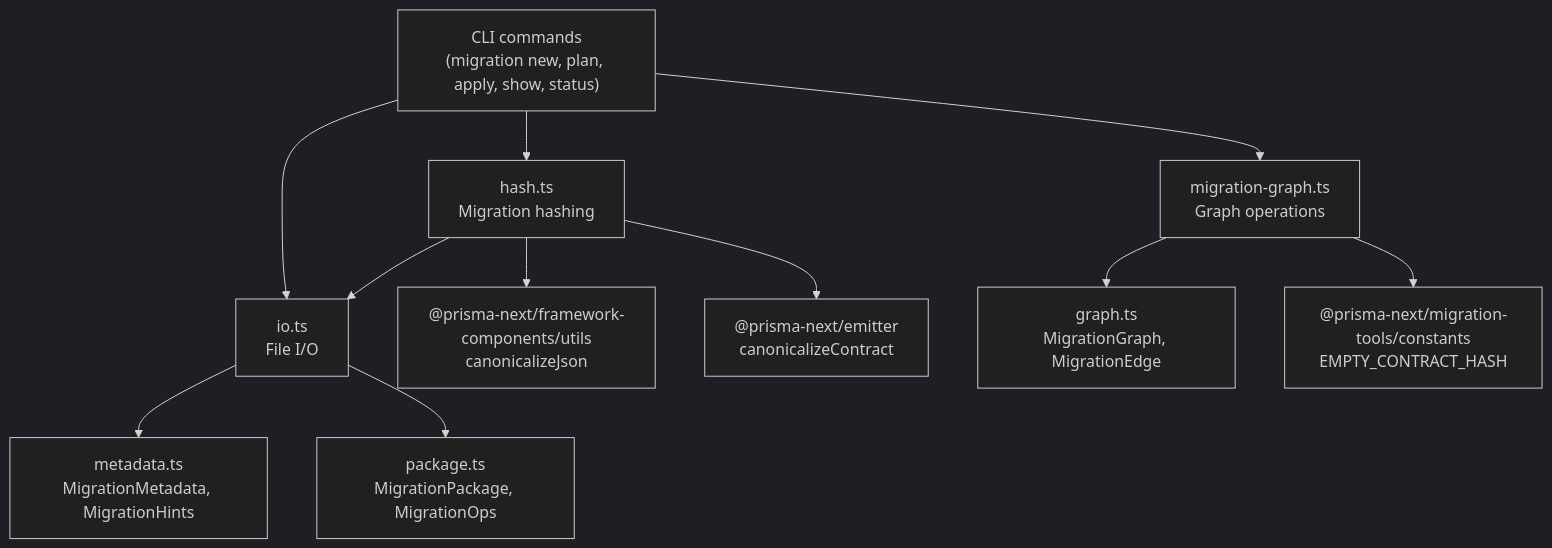
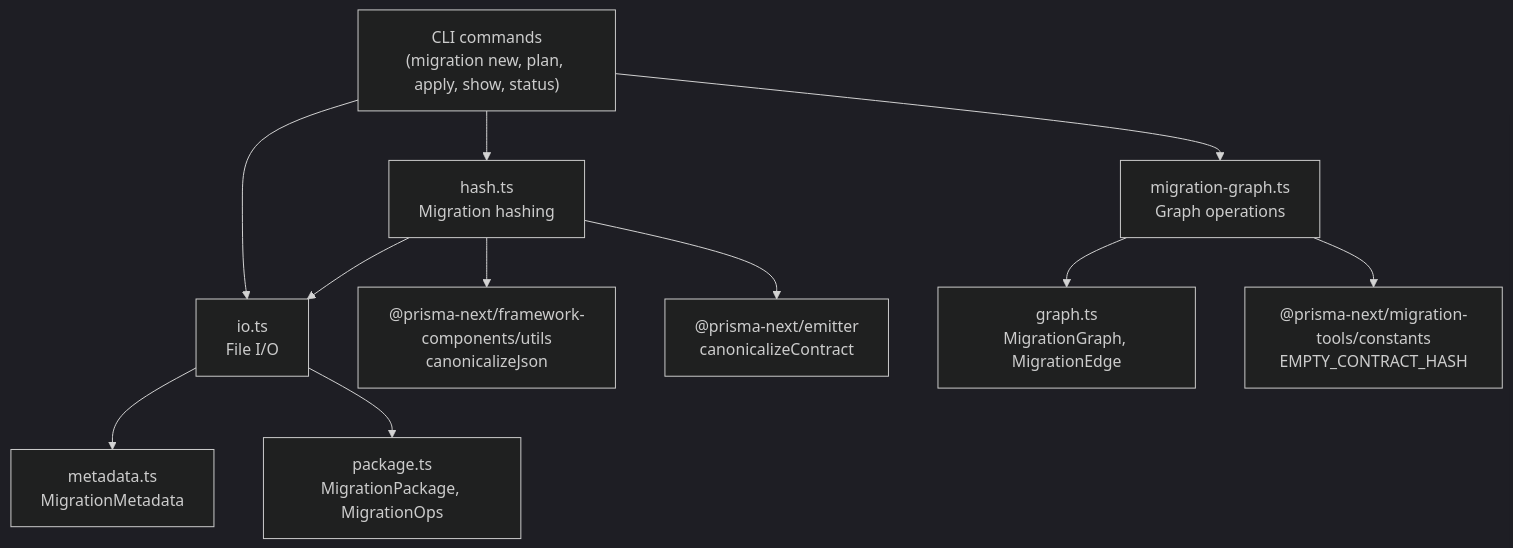
The diagram in packages/1-framework/3-tooling/migration/README.md (prisma/prisma-next), drawn with Mermaid (dark theme) before and after one commit. The commit also changed other lines of this file and 1 other file, not shown here.

Commit message:
docs(migration): drop residual MigrationHints refs and stale label-priority tie-break wording (TML-2701)

````diff
--- a/packages/1-framework/3-tooling/migration/README.md
+++ b/packages/1-framework/3-tooling/migration/README.md
@@ -58,13 +58,13 @@
 ```mermaid
 graph TD
     CLI["CLI commands<br/>(migration new, plan, apply, show, status)"] --> IO["io.ts<br/>File I/O"]
     CLI --> HASH["hash.ts<br/>Migration hashing"]
     CLI --> GRAPH["migration-graph.ts<br/>Graph operations"]
-    IO --> META["metadata.ts<br/>MigrationMetadata, MigrationHints"]
+    IO --> META["metadata.ts<br/>MigrationMetadata"]
     IO --> PKG["package.ts<br/>MigrationPackage, MigrationOps"]
     HASH --> IO
     HASH --> CAN["@prisma-next/framework-components/utils<br/>canonicalizeJson"]
     HASH --> CP["@prisma-next/emitter<br/>canonicalizeContract"]
     GRAPH --> GR["graph.ts<br/>MigrationGraph, MigrationEdge"]
     GRAPH --> ABS["@prisma-next/migration-tools/constants<br/>EMPTY_CONTRACT_HASH"]
 ```
````
